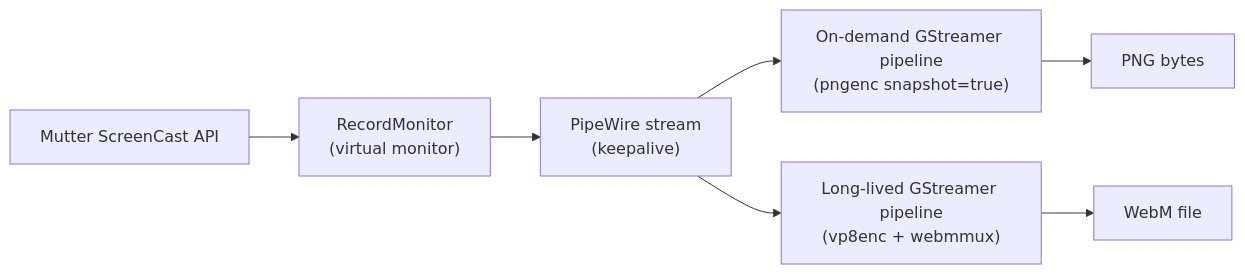
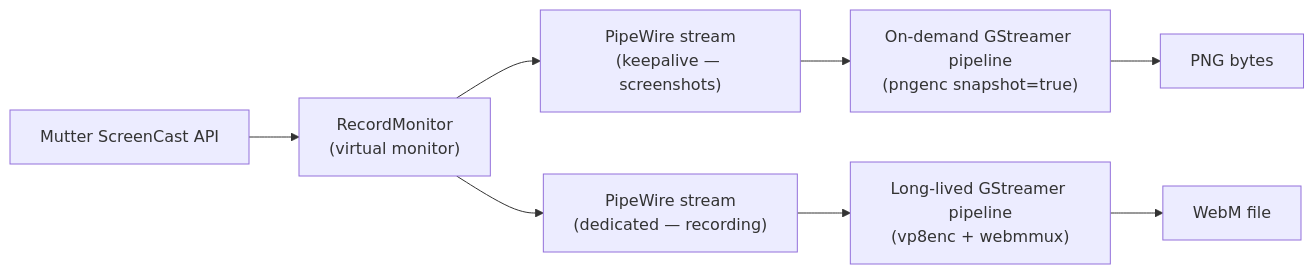
The third of 3 diagrams in README.md (BohdanTkachenko/waydriver), drawn with Mermaid before and after one commit. The commit also changed other lines of this file and 4 other files, not shown here.

````diff
--- a/README.md
+++ b/README.md
@@ -435,14 +435,15 @@
 ```mermaid
 graph LR
     screencast["Mutter ScreenCast API"]
     monitor["RecordMonitor\n(virtual monitor)"]
-    pipewire["PipeWire stream\n(keepalive)"]
+    pw_keep["PipeWire stream\n(keepalive — screenshots)"]
+    pw_rec["PipeWire stream\n(dedicated — recording)"]
     gst_shot["On-demand GStreamer pipeline\n(pngenc snapshot=true)"]
     gst_rec["Long-lived GStreamer pipeline\n(vp8enc + webmmux)"]
     png["PNG bytes"]
     webm["WebM file"]
 
-    screencast --> monitor --> pipewire
-    pipewire --> gst_shot --> png
-    pipewire --> gst_rec --> webm
+    screencast --> monitor
+    monitor --> pw_keep --> gst_shot --> png
+    monitor --> pw_rec --> gst_rec --> webm
 ```
````
